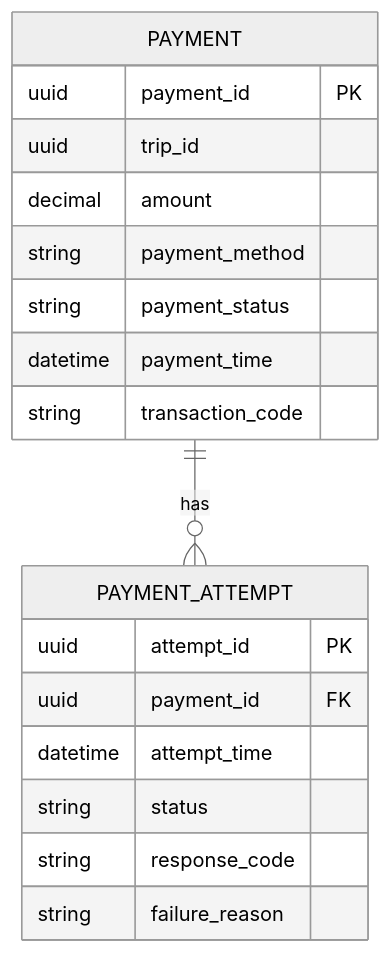
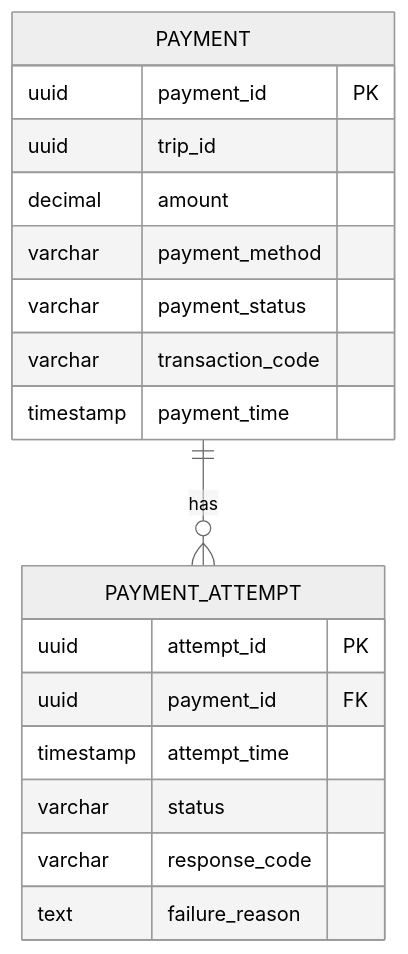
Diagram 18 of 28 in Microservice_Design.md (Phamha0601/23680571_PhamThiThuHa_CabSystem), drawn with Mermaid (neutral theme) before and after one commit. The commit also changed other lines of this file, not shown here.

````diff
--- a/Microservice_Design.md
+++ b/Microservice_Design.md
@@ -949,24 +1169,24 @@
 ```mermaid
 erDiagram
 
     PAYMENT ||--o{ PAYMENT_ATTEMPT : has
 
     PAYMENT {
         uuid payment_id PK
         uuid trip_id
         decimal amount
-        string payment_method
-        string payment_status
-        datetime payment_time
-        string transaction_code
+        varchar payment_method
+        varchar payment_status
+        varchar transaction_code
+        timestamp payment_time
     }
 
     PAYMENT_ATTEMPT {
         uuid attempt_id PK
         uuid payment_id FK
-        datetime attempt_time
-        string status
-        string response_code
-        string failure_reason
+        timestamp attempt_time
+        varchar status
+        varchar response_code
+        text failure_reason
     }
 ```
````
